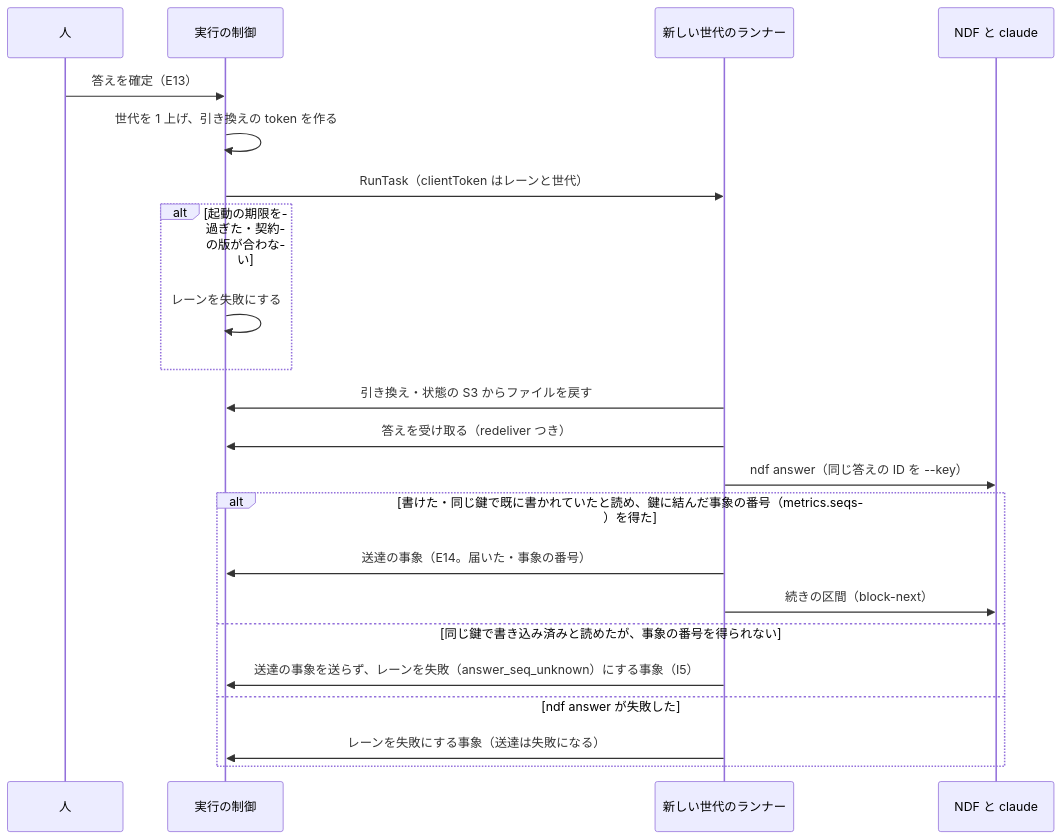
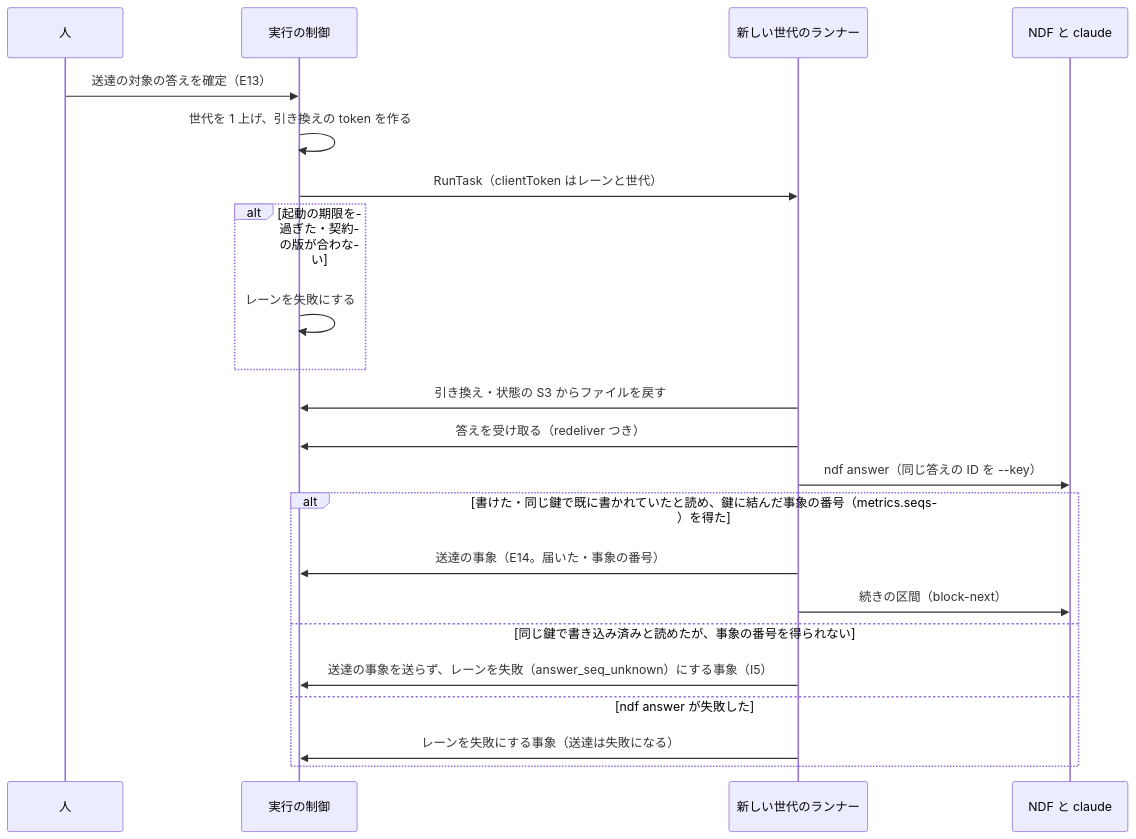
The fifth of 10 diagrams in docs/design/execution.md (devbasex/nd-factory), drawn with Mermaid before and after one commit. The commit also changed other lines of this file, not shown here.

````diff
--- a/docs/design/execution.md
+++ b/docs/design/execution.md
@@ -196,24 +198,24 @@
 ```mermaid
 sequenceDiagram
     participant H as 人
     participant API as 実行の制御
     participant R as 新しい世代のランナー
     participant N as NDF と claude
-    H->>API: 答えを確定（E13）
+    H->>API: 送達の対象の答えを確定（E13）
     API->>API: 世代を 1 上げ、引き換えの token を作る
     API->>R: RunTask（clientToken はレーンと世代）
     alt 起動の期限を過ぎた・契約の版が合わない
         API->>API: レーンを失敗にする
     end
     R->>API: 引き換え・状態の S3 からファイルを戻す
     R->>API: 答えを受け取る（redeliver つき）
     R->>N: ndf answer（同じ答えの ID を --key）
     alt 書けた・同じ鍵で既に書かれていたと読め、鍵に結んだ事象の番号（metrics.seqs）を得た
         R->>API: 送達の事象（E14。届いた・事象の番号）
         R->>N: 続きの区間（block-next）
     else 同じ鍵で書き込み済みと読めたが、事象の番号を得られない
         R->>API: 送達の事象を送らず、レーンを失敗（answer_seq_unknown）にする事象（I5）
     else ndf answer が失敗した
         R->>API: レーンを失敗にする事象（送達は失敗になる）
     end
 ```
````
